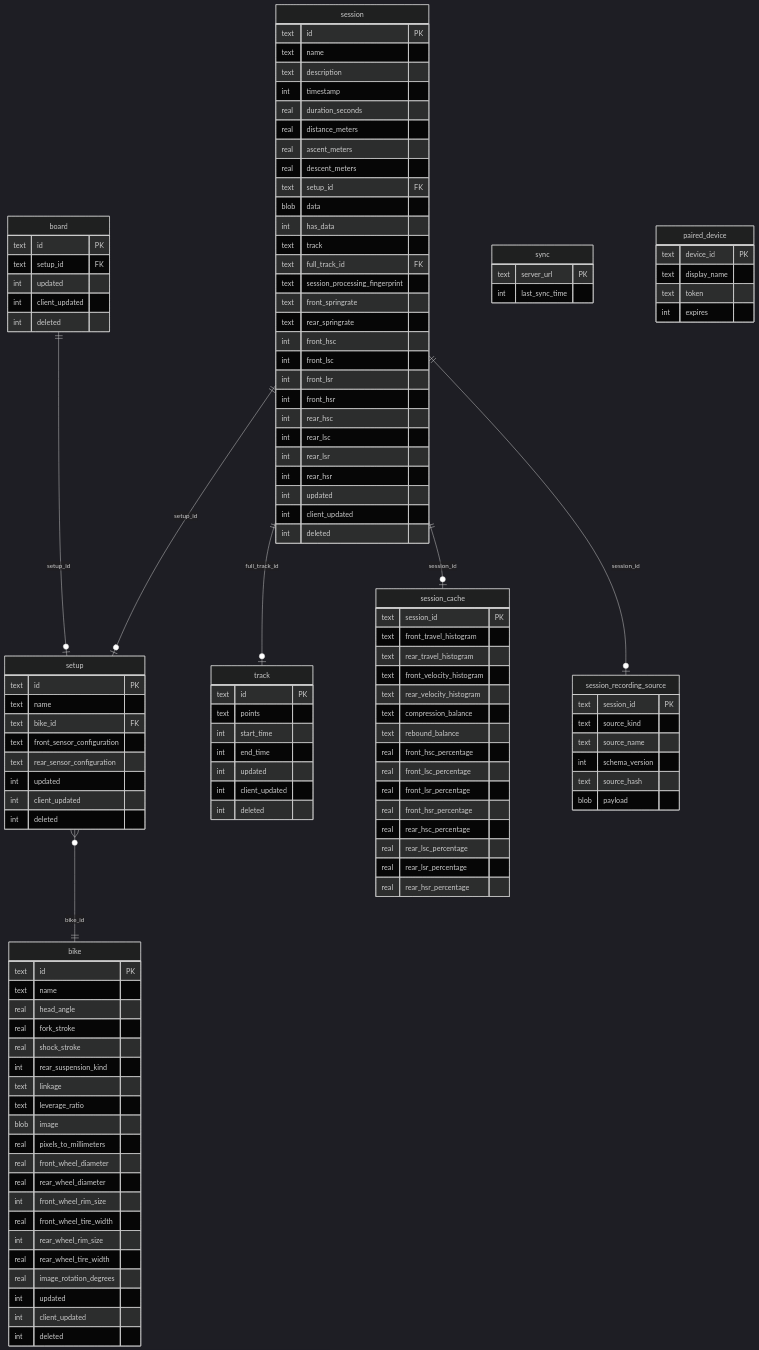
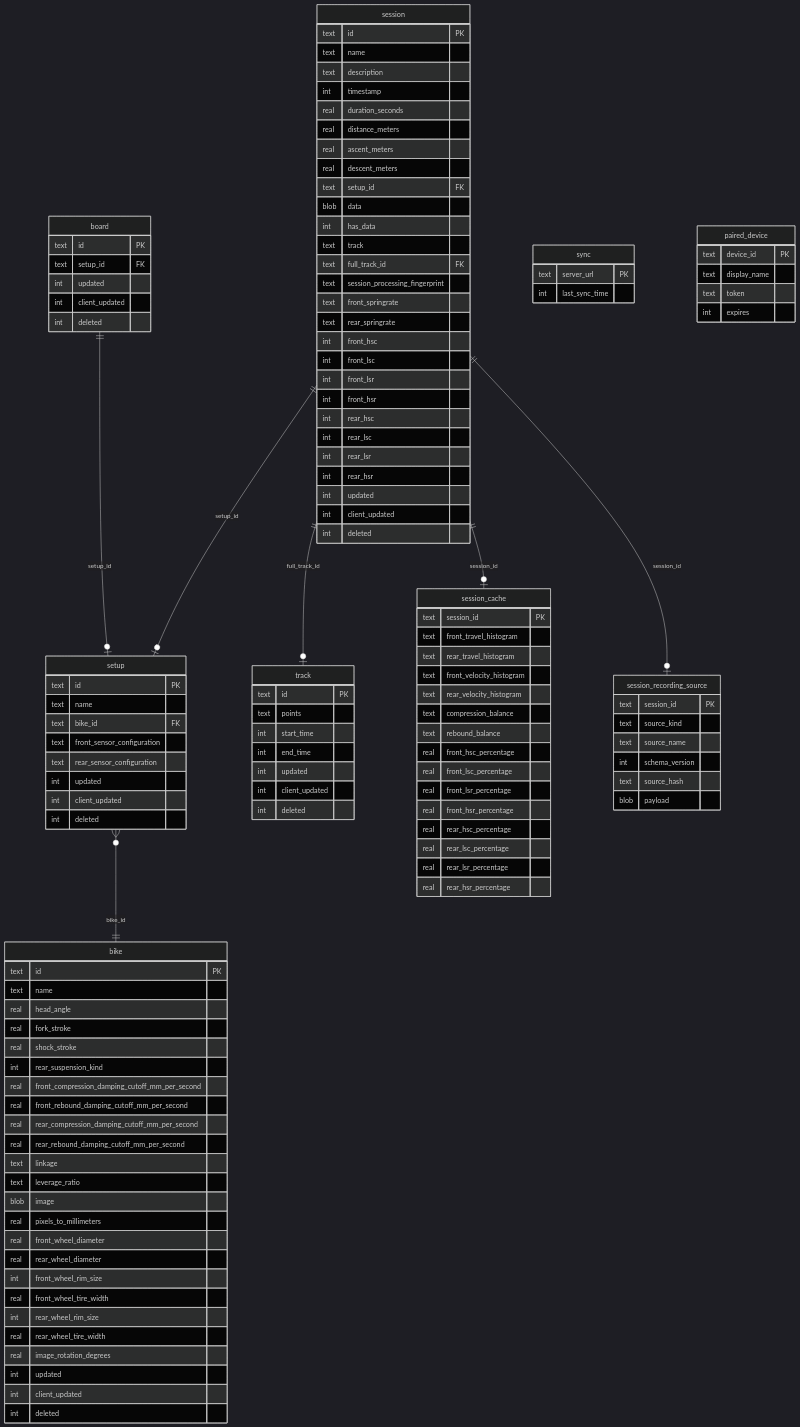
One commit to MoridinBG/Sufni.app changed the diagram in docs/architecture/persistence.md. Above: the diagram before and after it, drawn with Mermaid (dark theme). The commit also changed other lines of this file and 16 other files, not shown here.

```diff
--- a/docs/architecture/persistence.md
+++ b/docs/architecture/persistence.md
@@ -59,6 +59,10 @@
         real fork_stroke
         real shock_stroke
         int rear_suspension_kind
+        real front_compression_damping_cutoff_mm_per_second
+        real front_rebound_damping_cutoff_mm_per_second
+        real rear_compression_damping_cutoff_mm_per_second
+        real rear_rebound_damping_cutoff_mm_per_second
         text linkage
         text leverage_ratio
         blob image
```
